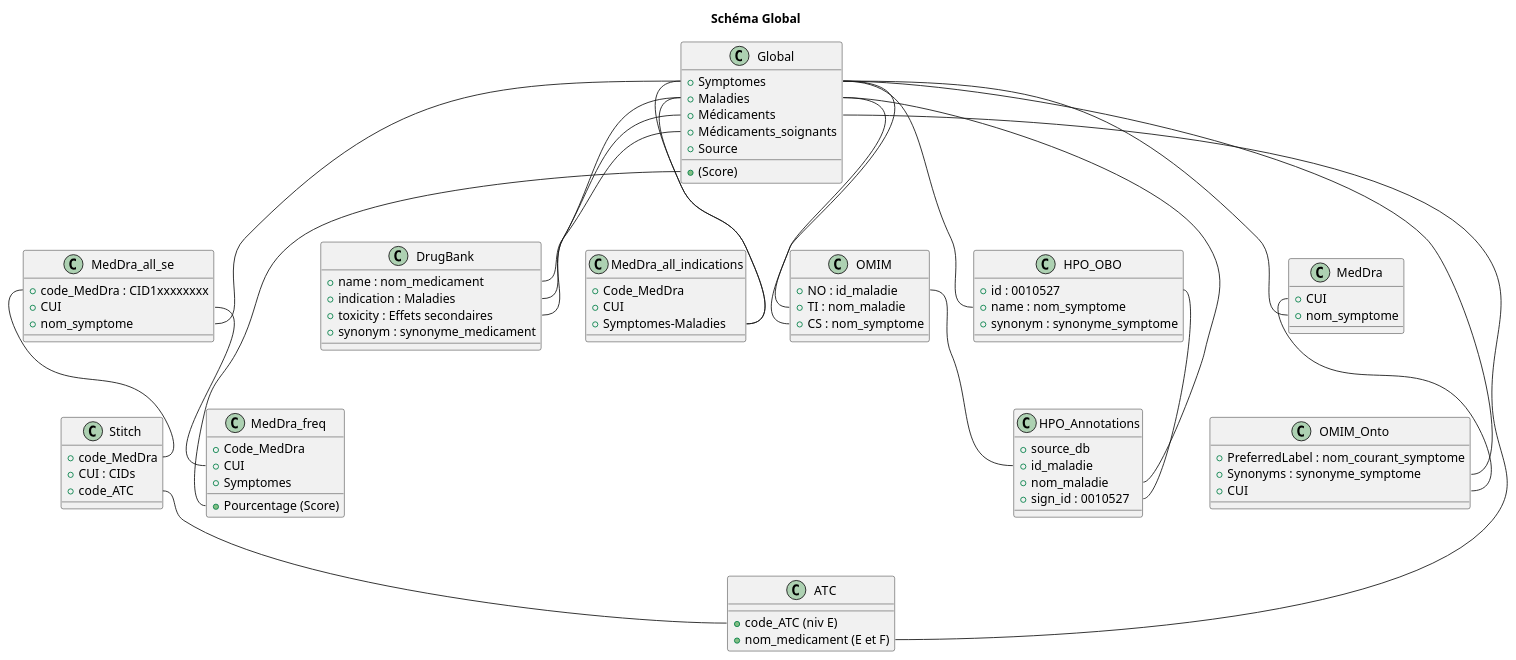
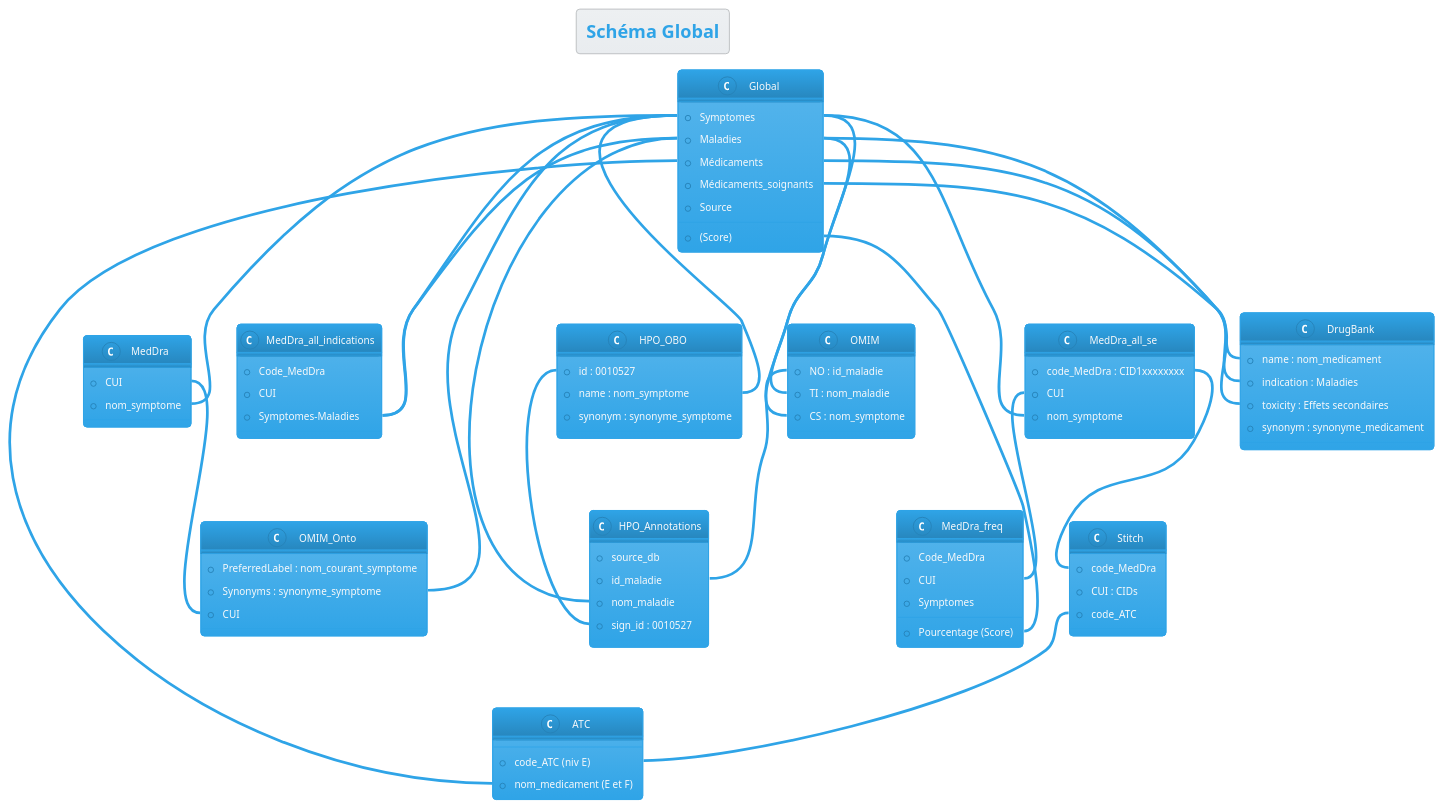
The diagram in SchemaGlobal.puml (cordebar5u/BioDataIntegrator), drawn with PlantUML before and after one commit. The commit also changed 1 other file, not shown here.

```diff
--- a/SchemaGlobal.puml
+++ b/SchemaGlobal.puml
@@ -1,113 +1,114 @@
 @startuml
+!theme cerulean
 skinparam shadowing false
 
 title Schéma Global
 
 
 class Global{
     + Symptomes
     + Maladies
     + Médicaments
     + Médicaments_soignants
     + Source
     + (Score)
 }
 
 class MedDra_all_se {
     + code_MedDra : CID1xxxxxxxx
     + CUI
     + nom_symptome
 }
 
 class Stitch{
     + code_MedDra 
     + CUI : CIDs
     + code_ATC
 }
 
 class ATC{
     + code_ATC (niv E)
     + nom_medicament (E et F)
 }
 
 class HPO_Annotations {
     + source_db
     + id_maladie 
     + nom_maladie
     + sign_id : 0010527
 }
 
 class HPO_OBO{
     + id : 0010527
     + name : nom_symptome
     + synonym : synonyme_symptome
 }
 
 class OMIM_Onto {
     + PreferredLabel : nom_courant_symptome
     + Synonyms : synonyme_symptome
     + CUI
 }
 
 class OMIM{
     + NO : id_maladie
     + TI : nom_maladie
     + CS : nom_symptome 
 }
 
 class MedDra {
     + CUI
     + nom_symptome
 }
 
 class DrugBank {
     + name : nom_medicament
     + indication : Maladies
     + toxicity : Effets secondaires
     + synonym : synonyme_medicament
 }
 
 
 class MedDra_all_indications {
     + Code_MedDra
     + CUI
     + Symptomes-Maladies
 }
 
 class MedDra_freq{
     + Code_MedDra
     + CUI
     + Pourcentage (Score)
     + Symptomes  
 }
 
 Global::Symptomes -- HPO_OBO::nom_symptome
 Global::Symptomes -- MedDra::nom_symptome
 Global::Symptomes -- OMIM::nom_symptome
 Global::Maladies -- DrugBank::indication
 Global::Médicaments -- DrugBank::toxicity
 Global::Symptomes -- MedDra_all_indications::Symptomes
 Global::Symptomes -- MedDra_all_se::nom_symptome
 
 
 HPO_OBO::id -- HPO_Annotations::sign_id
 HPO_Annotations::nom_maladie -- Global::Maladies
 
 
 MedDra::CUI--OMIM_Onto::CUI
 OMIM_Onto::Synonyms-- Global::Symptomes
 
 OMIM::nom_maladie--Global::Maladies
 OMIM::id_maladie--HPO_Annotations::id_maladie
 
 
 ATC::nom_medicament -- Global::Médicaments
 MedDra_all_se::code_MedDra -- Stitch::code_MedDra
 Stitch::code_ATC-- ATC::code_ATC 
 MedDra_freq::Pourcentage -- Global::Score
 MedDra_all_se::CUI -- MedDra_freq::CUI
 MedDra_all_indications::Symptomes -- Global::Maladies
 
 
 DrugBank::name -- Global::Médicaments_soignants
 @enduml
```
